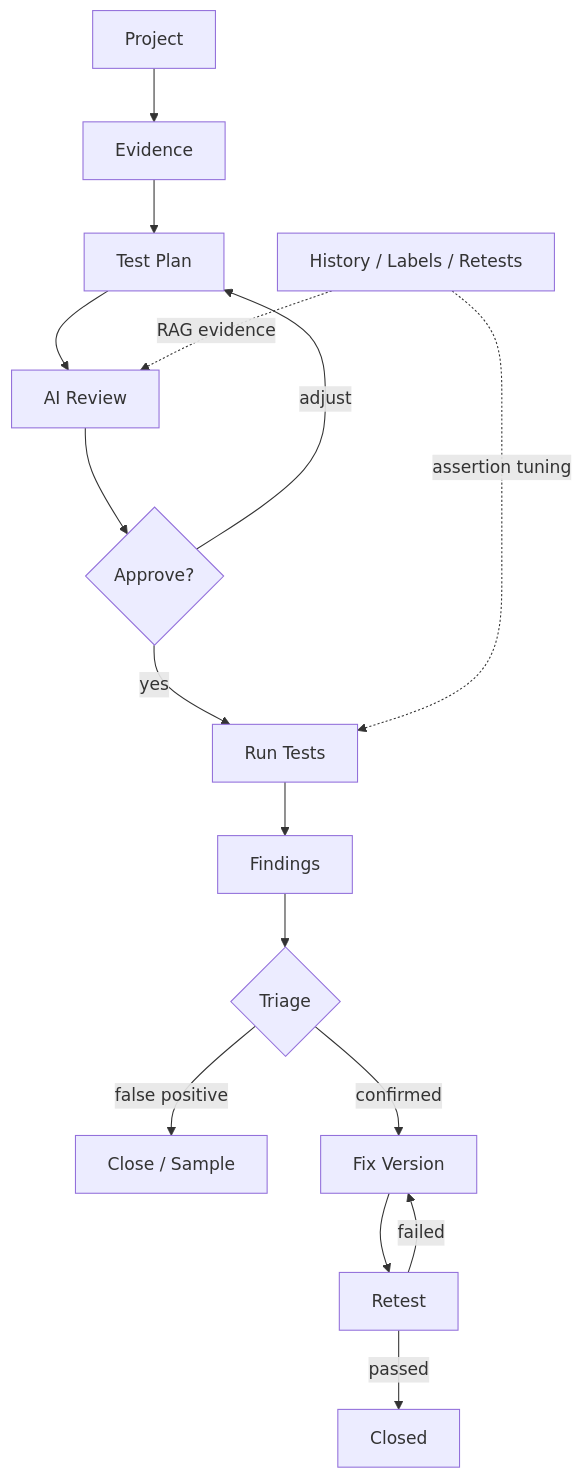
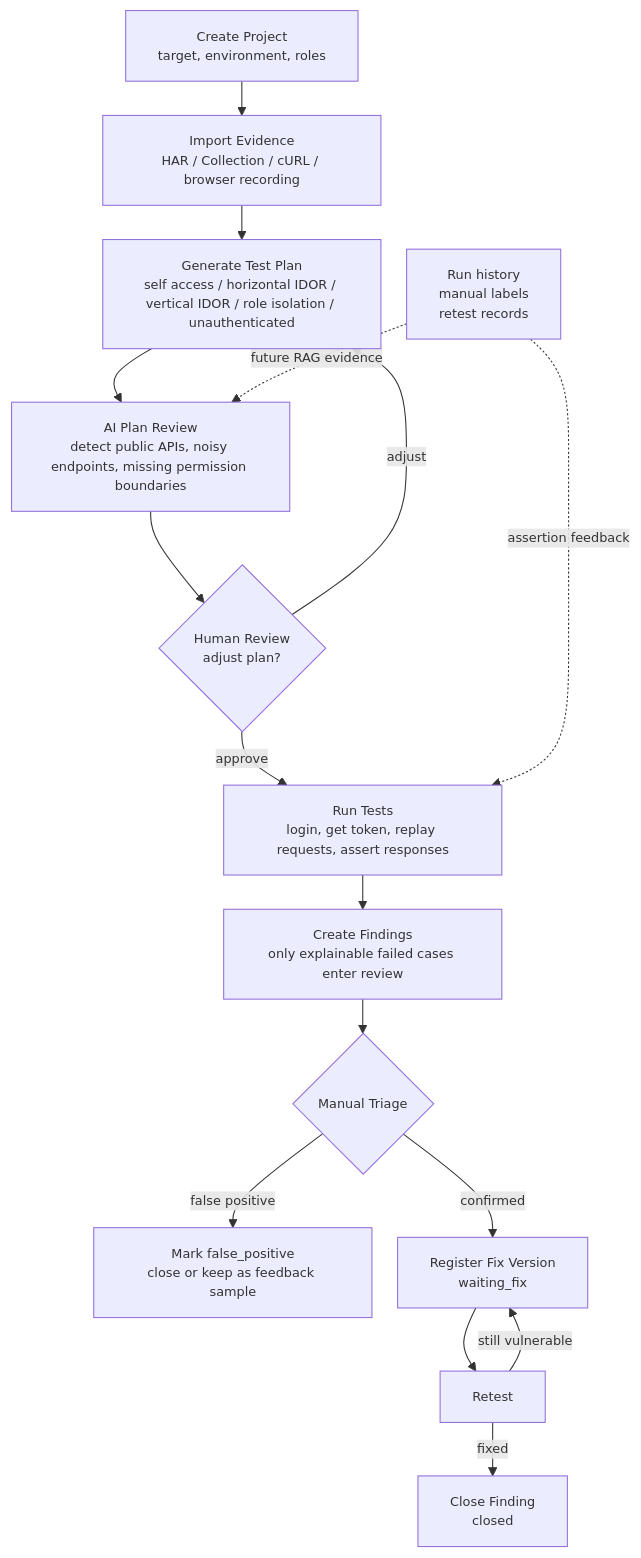
The diagram in README.md (jiangchenbo666/idor-workbench), drawn with Mermaid before and after one commit.

Commit message:
docs: restore full workflow with compact mermaid styling

````diff
--- a/README.md
+++ b/README.md
@@ -5,19 +5,20 @@
 ```mermaid
+%%{init: {"flowchart": {"nodeSpacing": 24, "rankSpacing": 32}, "themeVariables": {"fontSize": "12px"}} }%%
 flowchart TD
-    A[Project] --> B[Evidence]
-    B --> C[Test Plan]
-    C --> D[AI Review]
-    D --> E{Approve?}
+    A[Create Project<br/>target, environment, roles] --> B[Import Evidence<br/>HAR / Collection / cURL / browser recording]
+    B --> C[Generate Test Plan<br/>self access / horizontal IDOR / vertical IDOR / role isolation / unauthenticated]
+    C --> D[AI Plan Review<br/>detect public APIs, noisy endpoints, missing permission boundaries]
+    D --> E{Human Review<br/>adjust plan?}
     E -- adjust --> C
-    E -- yes --> F[Run Tests]
-    F --> G[Findings]
-    G --> H{Triage}
-    H -- false positive --> I[Close / Sample]
-    H -- confirmed --> J[Fix Version]
+    E -- approve --> F[Run Tests<br/>login, get token, replay requests, assert responses]
+    F --> G[Create Findings<br/>only explainable failed cases enter review]
+    G --> H{Manual Triage}
+    H -- false positive --> I[Mark false_positive<br/>close or keep as feedback sample]
+    H -- confirmed --> J[Register Fix Version<br/>waiting_fix]
     J --> K[Retest]
-    K -- failed --> J
-    K -- passed --> L[Closed]
+    K -- still vulnerable --> J
+    K -- fixed --> L[Close Finding<br/>closed]
 
-    M[History / Labels / Retests] -. RAG evidence .-> D
-    M -. assertion tuning .-> F
+    M[Run history<br/>manual labels<br/>retest records] -. future RAG evidence .-> D
+    M -. assertion feedback .-> F
 ```
````
